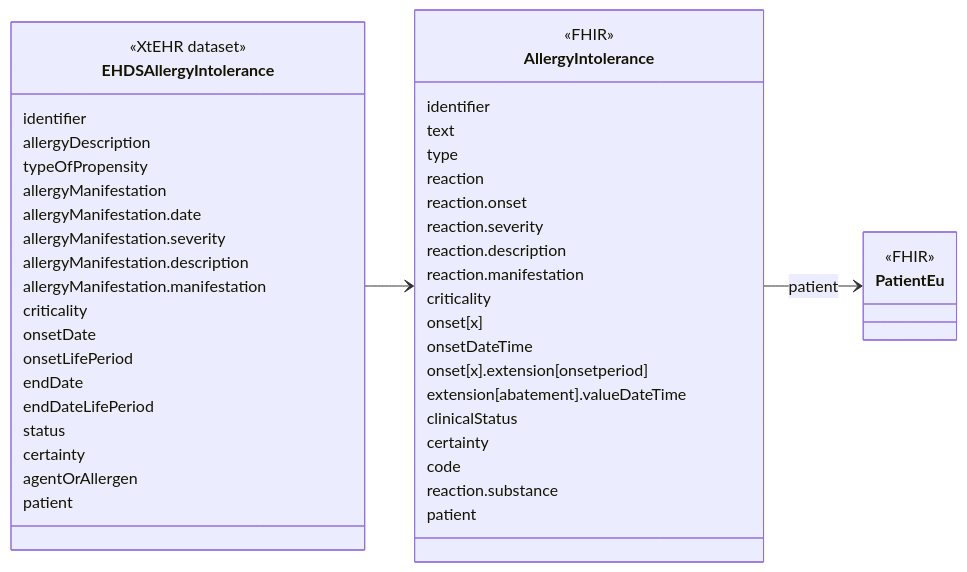
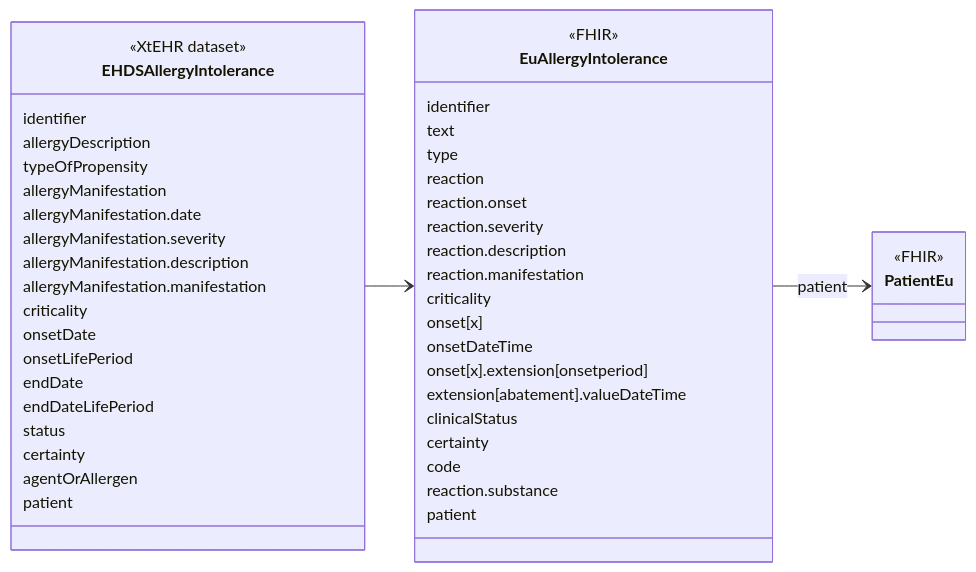
The diagram in input/intro-notes/ConceptMap-EHDSAllergyIntoleranceMap-intro.md (oijauregui/ehdsimaging), drawn with Mermaid before and after one commit. The commit also changed 138 other files, not shown here.

````diff
--- a/input/intro-notes/ConceptMap-EHDSAllergyIntoleranceMap-intro.md
+++ b/input/intro-notes/ConceptMap-EHDSAllergyIntoleranceMap-intro.md
@@ -5,52 +5,52 @@
 ```mermaid
 classDiagram
 direction LR
 class EHDSAllergyIntolerance {
   <<XtEHR dataset>>
   identifier
   allergyDescription
   typeOfPropensity
   allergyManifestation
   allergyManifestation.date
   allergyManifestation.severity
   allergyManifestation.description
   allergyManifestation.manifestation
   criticality
   onsetDate
   onsetLifePeriod
   endDate
   endDateLifePeriod
   status
   certainty
   agentOrAllergen
   patient
 }
 link EHDSAllergyIntolerance "https://build.fhir.org/ig/Xt-EHR/xt-ehr-common/StructureDefinition-EHDSAllergyIntolerance.html"
-class AllergyIntolerance{
+class EuAllergyIntolerance{
   <<FHIR>>
   identifier
   text
   type
   reaction
   reaction.onset
   reaction.severity
   reaction.description
   reaction.manifestation
   criticality
   onset[x]
   onsetDateTime
   onset[x].extension[onsetperiod]
   extension[abatement].valueDateTime
   clinicalStatus
   certainty
   code
   reaction.substance
   patient
 }
 
 class PatientEu {
   <<FHIR>>
 }
-EHDSAllergyIntolerance --> AllergyIntolerance
-AllergyIntolerance --> PatientEu : patient
+EHDSAllergyIntolerance --> EuAllergyIntolerance
+EuAllergyIntolerance --> PatientEu : patient
 ```
````
